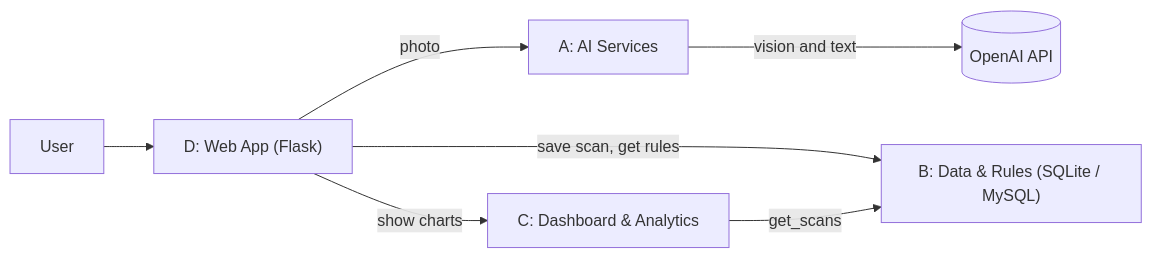
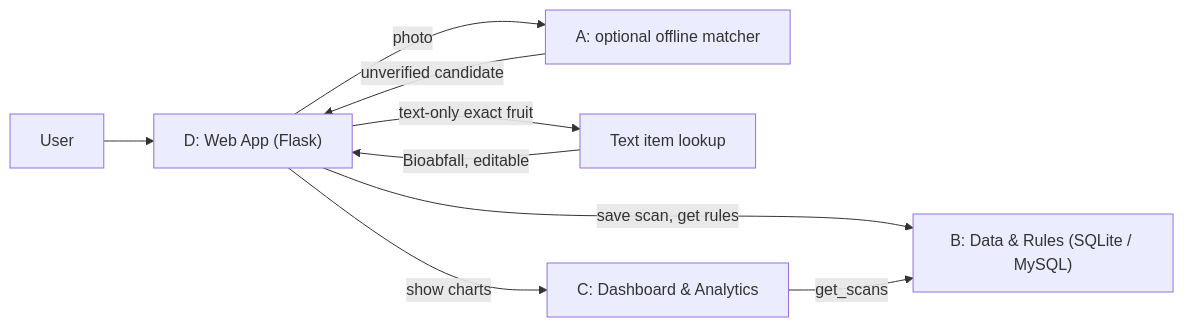
The first of 11 diagrams in README.md (Timmyy3000/waste-sorting-assistant), drawn with Mermaid before and after one commit. The commit also changed other lines of this file and 13 other files, not shown here.

Commit message:
feat: auto-route named fruit and display raw photo match scores

````diff
--- a/README.md
+++ b/README.md
@@ -22,9 +23,11 @@
 ```mermaid
 flowchart LR
     User --> D["D: Web App (Flask)"]
-    D -->|photo| A["A: AI Services"]
-    A -->|vision and text| OpenAI[(OpenAI API)]
+    D -->|photo| A["A: optional offline matcher"]
+    D -->|text-only exact fruit| Fruit["Text item lookup"]
+    Fruit -->|Bioabfall, editable| D
+    A -->|unverified candidate| D
     D -->|save scan, get rules| B["B: Data & Rules (SQLite / MySQL)"]
     D -->|show charts| C["C: Dashboard & Analytics"]
     C -->|get_scans| B
 ```
````
